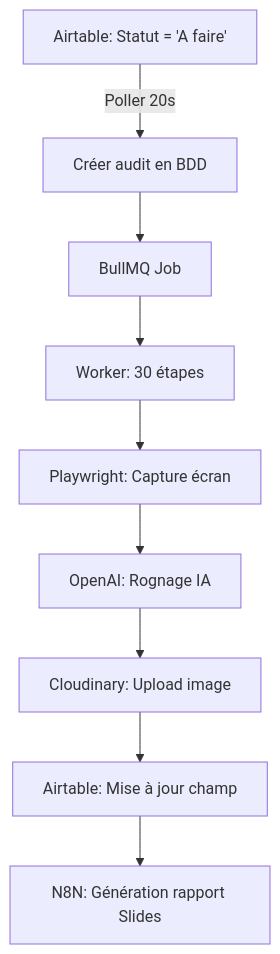
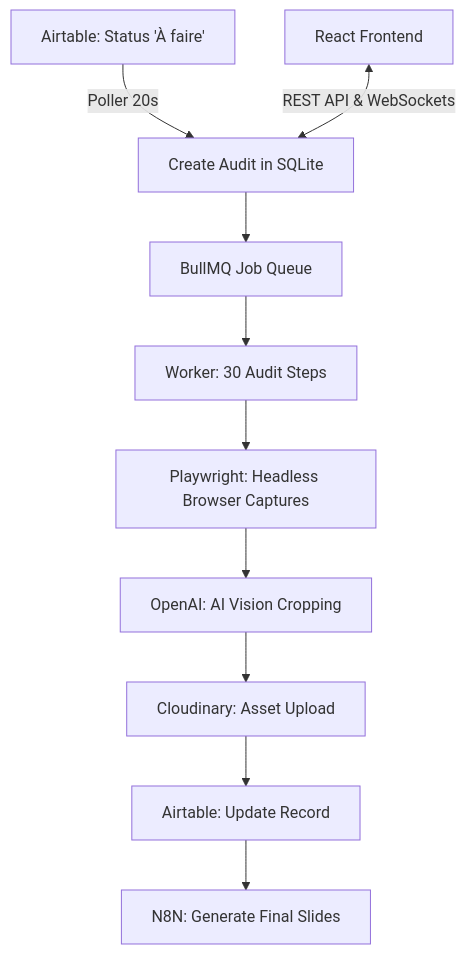
One commit to Flowcraft-chel/Automatisation-capture-pour-Audit-SEO changed the diagram in README.md. Above: the diagram before and after it, drawn with Mermaid. The commit also changed other lines of this file and 6 other files, not shown here.

Commit message:
chore(rebrand): remove novek branding, update readme and move to flowcraft-chel

````diff
--- a/README.md
+++ b/README.md
@@ -196,11 +23,13 @@
 ```mermaid
 graph TD
-    A[Airtable: Statut = 'A faire'] -->|Poller 20s| B[Créer audit en BDD]
-    B --> C[BullMQ Job]
-    C --> D[Worker: 30 étapes]
-    D --> E[Playwright: Capture écran]
-    E --> F[OpenAI: Rognage IA]
-    F --> G[Cloudinary: Upload image]
-    G --> H[Airtable: Mise à jour champ]
-    H --> I[N8N: Génération rapport Slides]
+    A[Airtable: Status 'À faire'] -->|Poller 20s| B[Create Audit in SQLite]
+    B --> C[BullMQ Job Queue]
+    C --> D[Worker: 30 Audit Steps]
+    D --> E[Playwright: Headless Browser Captures]
+    E --> F[OpenAI: AI Vision Cropping]
+    F --> G[Cloudinary: Asset Upload]
+    G --> H[Airtable: Update Record]
+    H --> I[N8N: Generate Final Slides]
+    
+    J[React Frontend] <-->|REST API & WebSockets| B
 ```
````
